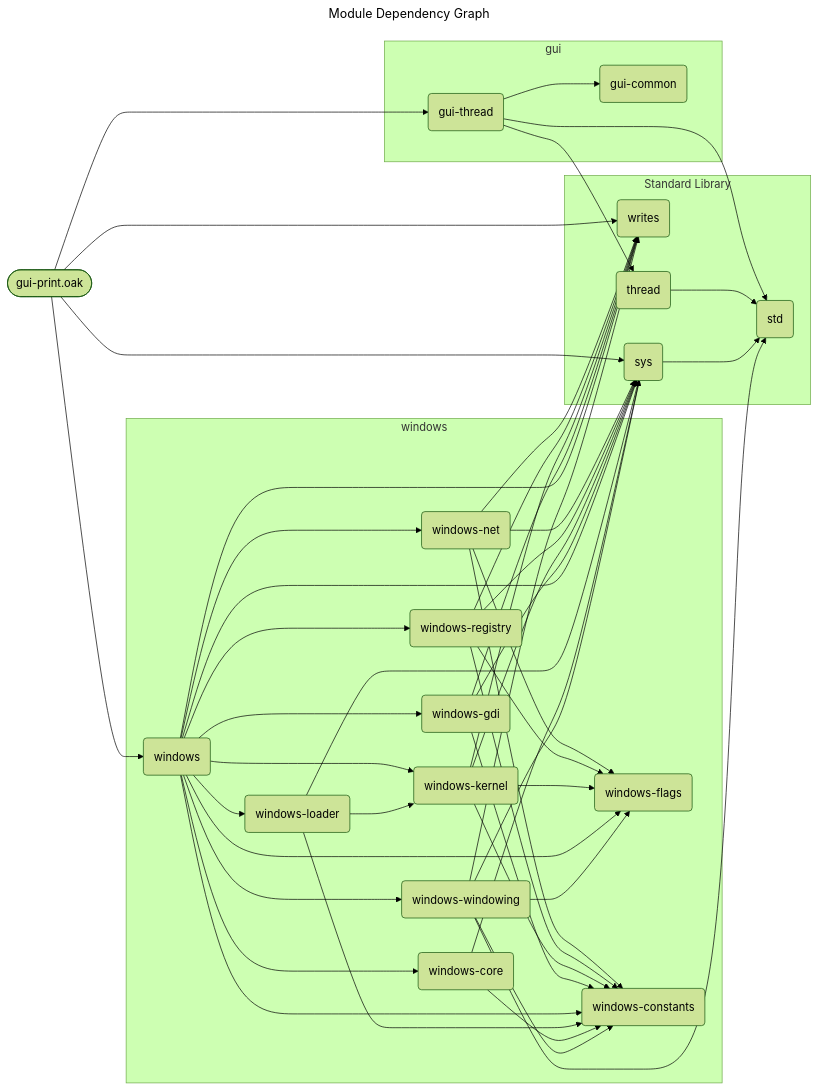
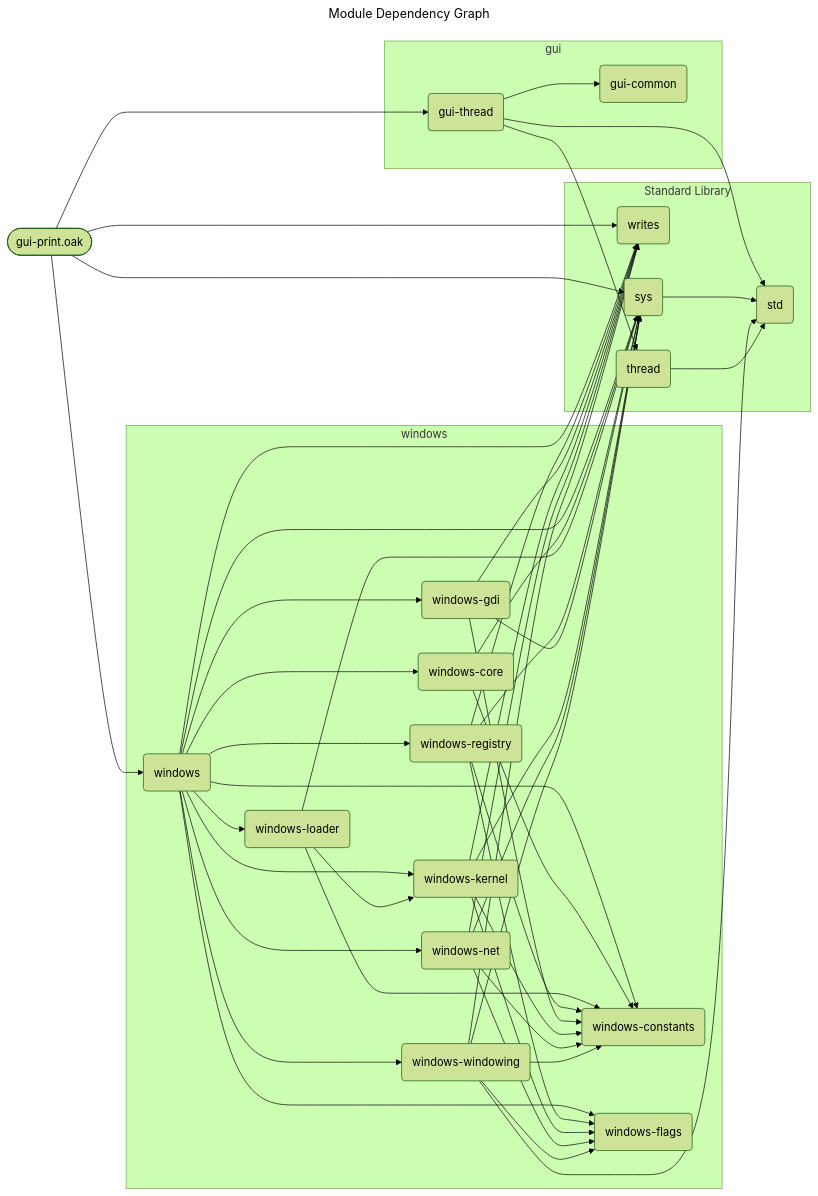
Before and after one commit to SpcFORK/magnolia: the diagram in docs/spec/gui-print.mmd, drawn with Mermaid (forest theme). The commit also changed other lines of this file and 127 other files, not shown here.

First line of the commit message:
Refactor module dependency graphs across various specifications

```diff
--- a/docs/spec/gui-print.mmd
+++ b/docs/spec/gui-print.mmd
@@ -1,72 +1,72 @@
 ---
 title: Module Dependency Graph
 ---
 flowchart LR
     lib_gui_print_oak(["gui-print.oak"])
     subgraph stdlib_gui ["gui"]
         gui_common("gui-common")
         gui_thread("gui-thread")
     end
     subgraph stdlib_windows ["windows"]
-        windows_windowing("windows-windowing")
+        windows("windows")
         windows_core("windows-core")
         windows_loader("windows-loader")
-        windows("windows")
+        windows_registry("windows-registry")
+        windows_constants("windows-constants")
+        windows_flags("windows-flags")
         windows_gdi("windows-gdi")
         windows_kernel("windows-kernel")
-        windows_flags("windows-flags")
-        windows_registry("windows-registry")
         windows_net("windows-net")
-        windows_constants("windows-constants")
+        windows_windowing("windows-windowing")
     end
     subgraph stdlib_core ["Standard Library"]
         writes("writes")
+        std("std")
         sys("sys")
-        std("std")
         thread("thread")
     end
-    lib_gui_print_oak --> sys
-    lib_gui_print_oak --> windows
-    lib_gui_print_oak --> gui_thread
-    lib_gui_print_oak --> writes
-    windows_windowing --> sys
-    windows_windowing --> writes
-    windows_windowing --> windows_constants
-    windows_windowing --> windows_flags
-    windows_windowing --> std
-    windows_core --> sys
-    windows_core --> windows_constants
-    sys --> std
-    windows_loader --> sys
-    windows_loader --> windows_constants
-    windows_loader --> windows_kernel
     windows --> sys
     windows --> writes
     windows --> windows_constants
     windows --> windows_flags
     windows --> windows_registry
     windows --> windows_net
     windows --> windows_windowing
     windows --> windows_gdi
     windows --> windows_kernel
     windows --> windows_loader
     windows --> windows_core
+    windows_core --> sys
+    windows_core --> windows_constants
+    lib_gui_print_oak --> sys
+    lib_gui_print_oak --> windows
+    lib_gui_print_oak --> gui_thread
+    lib_gui_print_oak --> writes
+    windows_loader --> sys
+    windows_loader --> windows_constants
+    windows_loader --> windows_kernel
+    windows_registry --> sys
+    windows_registry --> writes
+    windows_registry --> windows_constants
+    windows_registry --> windows_flags
     windows_gdi --> sys
     windows_gdi --> writes
     windows_gdi --> windows_constants
     windows_kernel --> sys
     windows_kernel --> writes
     windows_kernel --> windows_constants
     windows_kernel --> windows_flags
-    thread --> std
-    windows_registry --> sys
-    windows_registry --> writes
-    windows_registry --> windows_constants
-    windows_registry --> windows_flags
+    gui_thread --> std
+    gui_thread --> thread
+    gui_thread --> gui_common
     windows_net --> sys
     windows_net --> writes
     windows_net --> windows_constants
     windows_net --> windows_flags
-    gui_thread --> std
-    gui_thread --> thread
-    gui_thread --> gui_common
+    sys --> std
+    windows_windowing --> sys
+    windows_windowing --> writes
+    windows_windowing --> windows_constants
+    windows_windowing --> windows_flags
+    windows_windowing --> std
+    thread --> std
```
